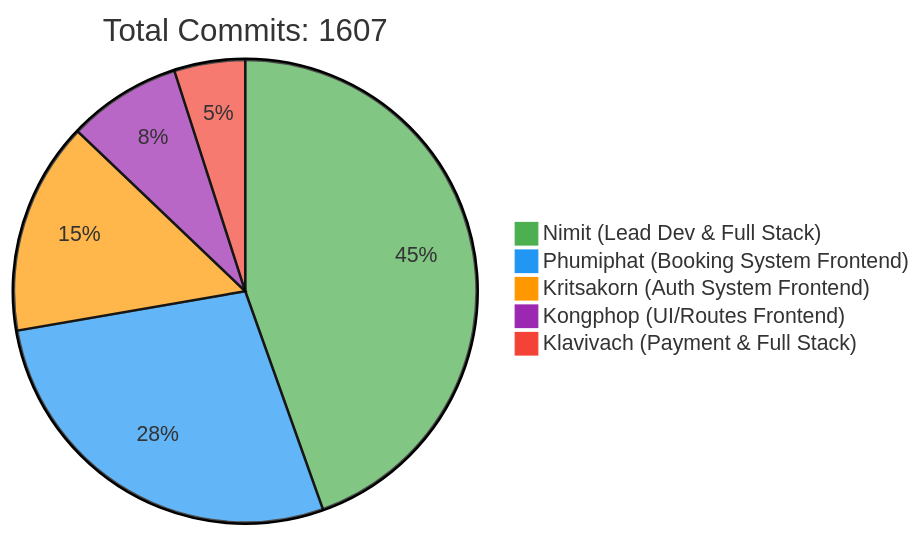
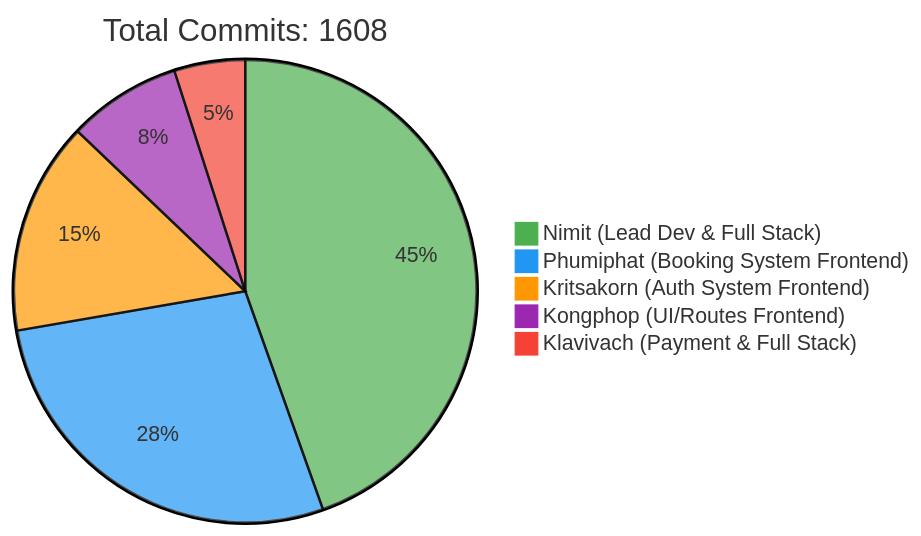
One commit to 6531503042/Sport-Complex changed the first of 2 diagrams in README.md. Above: the diagram before and after it, drawn with Mermaid. The commit also changed other lines of this file, not shown here.

Commit message:
docs: Update contributor statistics [skip ci]

````diff
--- a/README.md
+++ b/README.md
@@ -257,10 +257,10 @@
 ```mermaid
 %%{init: {'theme': 'base', 'themeVariables': { 'pie1': '#4CAF50', 'pie2': '#2196F3', 'pie3': '#FF9800', 'pie4': '#9C27B0', 'pie5': '#F44336'}}}%%
 pie
-    title Total Commits: 1607
+    title Total Commits: 1608
     "Nimit (Lead Dev & Full Stack)" : 450
     "Phumiphat (Booking System Frontend)" : 280
     "Kritsakorn (Auth System Frontend)" : 150
     "Kongphop (UI/Routes Frontend)" : 80
     "Klavivach (Payment & Full Stack)" : 50
 ```
````
